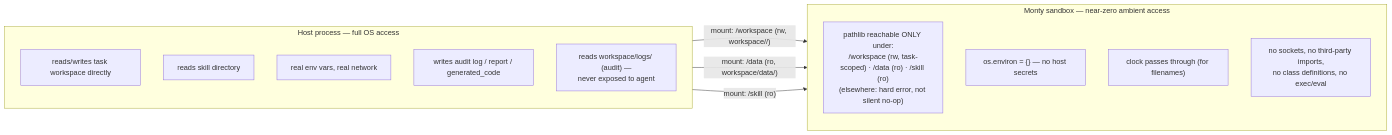
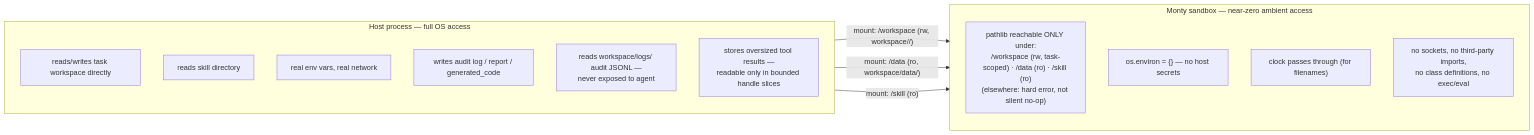
The second of 2 diagrams in ARCHITECTURE.md (mdfranz/pydantic-security-skills), drawn with Mermaid before and after one commit. The commit also changed other lines of this file and 10 other files, not shown here.

First line of the commit message:
feat: retry rate-limited requests once, spill oversized tool outputs

````diff
--- a/ARCHITECTURE.md
+++ b/ARCHITECTURE.md
@@ -274,21 +294,22 @@
 ```mermaid
 flowchart LR
     subgraph HostProc["Host process — full OS access"]
         H1["reads/writes task workspace directly"]
         H2["reads skill directory"]
         H3["real env vars, real network"]
         H4["writes audit log / report / generated_code"]
-        H5["reads workspace/logs/ (audit) —\nnever exposed to agent"]
+        H5["reads workspace/logs/ audit JSONL —\nnever exposed to agent"]
+        H6["stores oversized tool results —\nreadable only in bounded handle slices"]
     end
 
     subgraph Sandbox["Monty sandbox — near-zero ambient access"]
         S1["pathlib reachable ONLY under:\n/workspace (rw, task-scoped) · /data (ro) · /skill (ro)\n(elsewhere: hard error, not silent no-op)"]
         S2["os.environ = {} — no host secrets"]
         S3["clock passes through (for filenames)"]
         S4["no sockets, no third-party imports,\nno class definitions, no exec/eval"]
     end
 
     HostProc -- "mount: /workspace (rw, workspace/<task>/)" --> Sandbox
     HostProc -- "mount: /data (ro, workspace/data/)" --> Sandbox
     HostProc -- "mount: /skill (ro)" --> Sandbox
 ```
````
